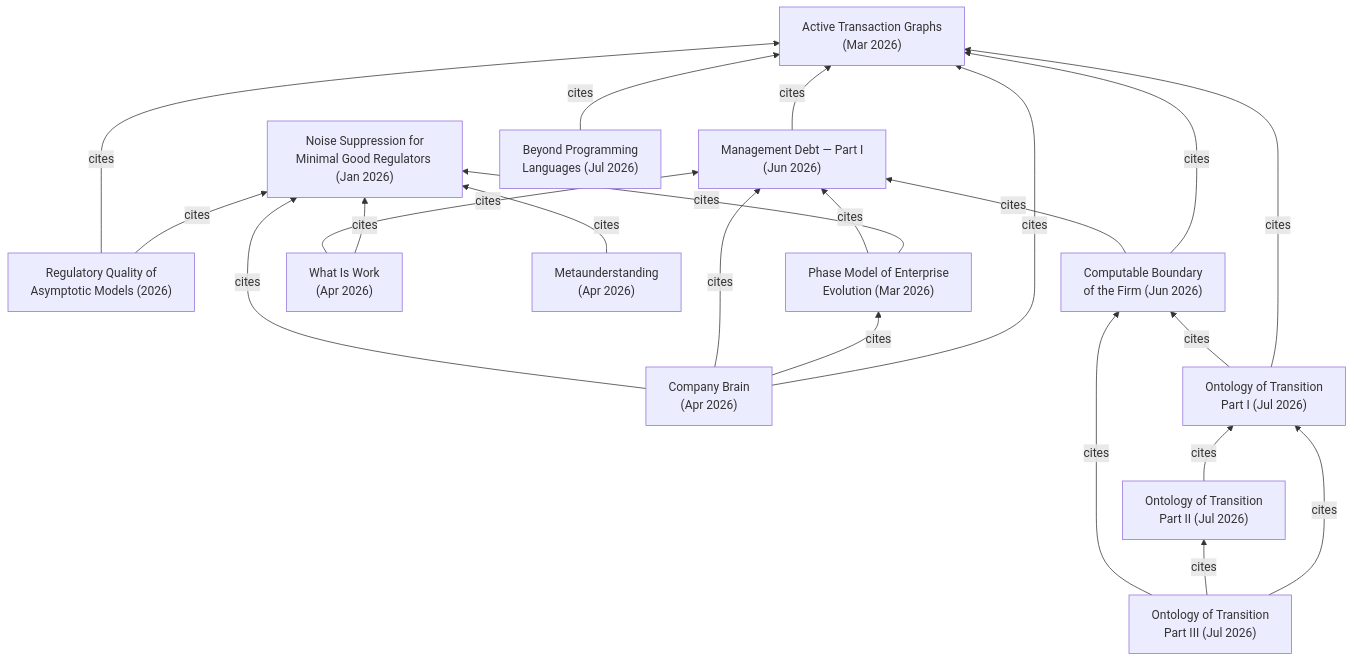
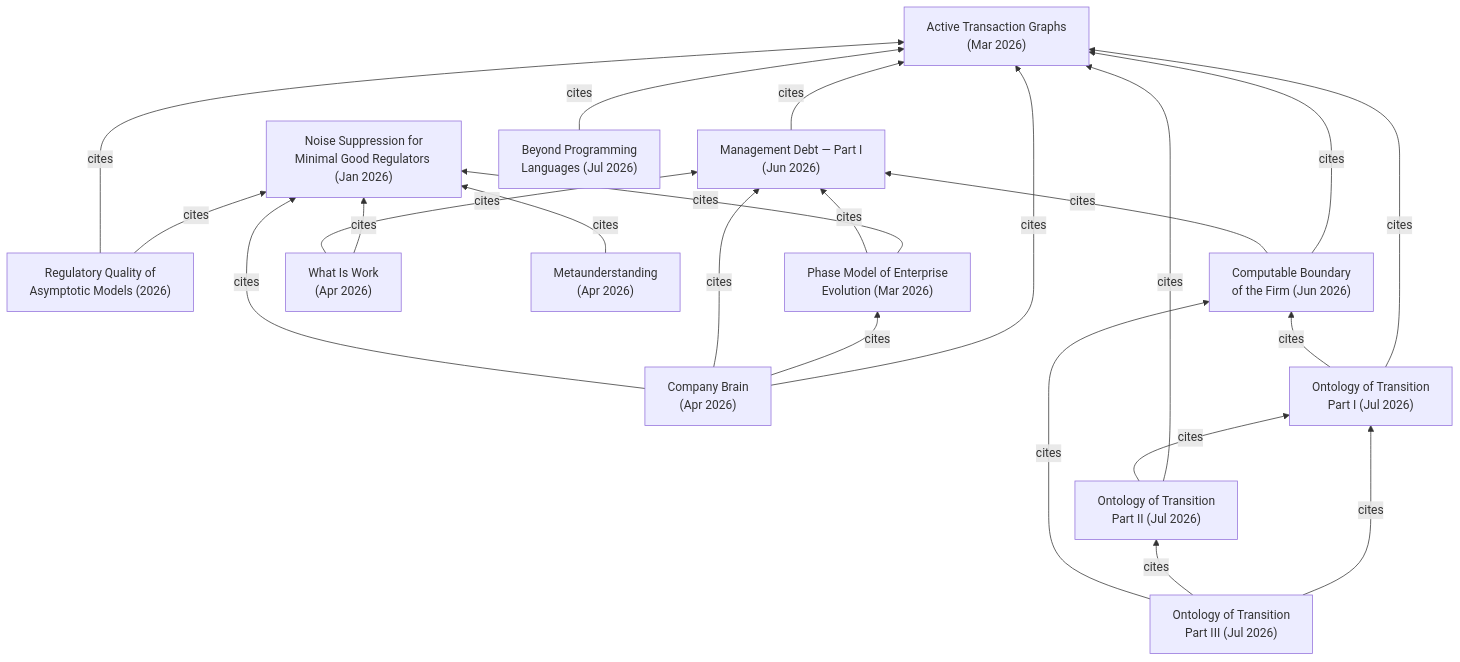
One commit to corezoid/research changed the diagram in README.md. Above: the diagram before and after it, drawn with Mermaid. The commit also changed 14 other files, not shown here.

First line of the commit message:
Address external review: version integrity, CI invariants, graph consistency

````diff
--- a/README.md
+++ b/README.md
@@ -48,38 +48,39 @@
 ```mermaid
 graph BT
     NS["Noise Suppression for<br/>Minimal Good Regulators (Jan 2026)"]
     RQ["Regulatory Quality of<br/>Asymptotic Models (2026)"]
     ATG["Active Transaction Graphs<br/>(Mar 2026)"]
     PM["Phase Model of Enterprise<br/>Evolution (Mar 2026)"]
     CB["Company Brain<br/>(Apr 2026)"]
     WIW["What Is Work<br/>(Apr 2026)"]
     MU["Metaunderstanding<br/>(Apr 2026)"]
     CBF["Computable Boundary<br/>of the Firm (Jun 2026)"]
     MD1["Management Debt — Part I<br/>(Jun 2026)"]
     OT1["Ontology of Transition<br/>Part I (Jul 2026)"]
     OT2["Ontology of Transition<br/>Part II (Jul 2026)"]
     OT3["Ontology of Transition<br/>Part III (Jul 2026)"]
     BPL["Beyond Programming<br/>Languages (Jul 2026)"]
 
     RQ -->|cites| NS
     RQ -->|cites| ATG
     PM -->|cites| NS
     PM -->|cites| MD1
     CB -->|cites| ATG
     CB -->|cites| PM
     CB -->|cites| MD1
     CB -->|cites| NS
     WIW -->|cites| NS
     WIW -->|cites| MD1
     MU -->|cites| NS
     CBF -->|cites| ATG
     CBF -->|cites| MD1
     MD1 -->|cites| ATG
     OT1 -->|cites| ATG
     OT1 -->|cites| CBF
+    OT2 -->|cites| ATG
     OT2 -->|cites| OT1
     OT3 -->|cites| OT1
     OT3 -->|cites| OT2
     OT3 -->|cites| CBF
     BPL -->|cites| ATG
 ```
````
